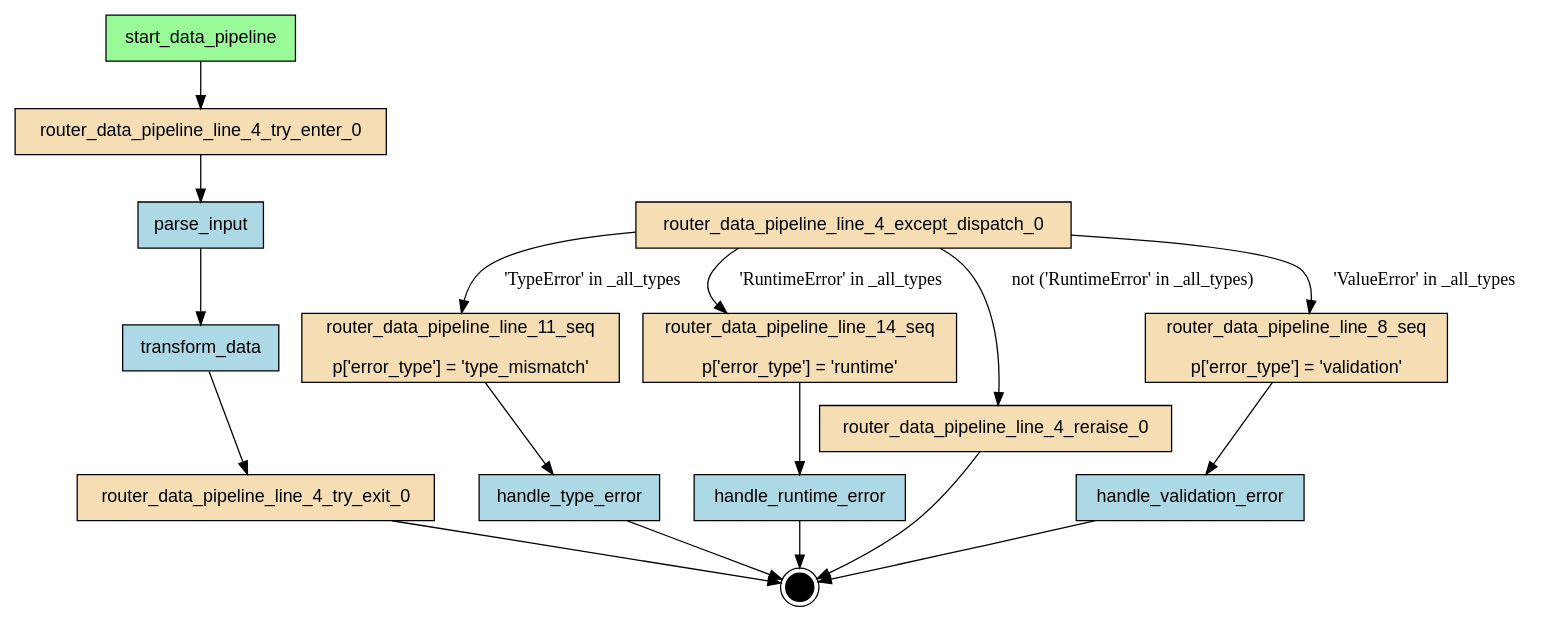
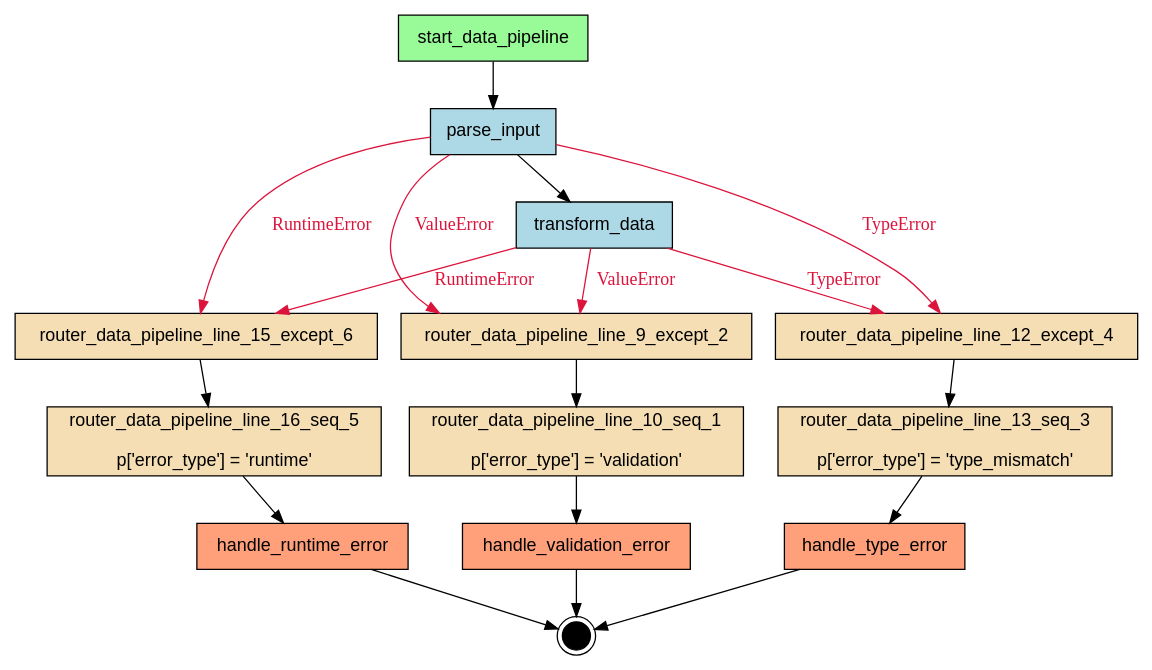
One commit to deliveryhero/asya changed the diagram in examples/flows/compiled/try_except_multiple_handlers/flow.dot. Above: the diagram before and after it, drawn with Graphviz. The commit also changed 1302 other files, not shown here.

First line of the commit message:
feat(compiler): try/except support via sidecar retryRules [3dp2] (#346)

```diff
--- a/examples/flows/compiled/try_except_multiple_handlers/flow.dot
+++ b/examples/flows/compiled/try_except_multiple_handlers/flow.dot
@@ -1,39 +1,39 @@
-digraph "try_except_multiple_handlers" {
+digraph "data_pipeline" {
     rankdir=TB;
     node [shape=box, style=filled, fontname="Helvetica"];
 
     { rank=source; start_data_pipeline; }
 
-    handle_runtime_error [label="handle_runtime_error", fillcolor=lightblue];
-    handle_type_error [label="handle_type_error", fillcolor=lightblue];
-    handle_validation_error [label="handle_validation_error", fillcolor=lightblue];
+    handle_runtime_error [label="handle_runtime_error", fillcolor=lightsalmon];
+    handle_type_error [label="handle_type_error", fillcolor=lightsalmon];
+    handle_validation_error [label="handle_validation_error", fillcolor=lightsalmon];
     parse_input [label="parse_input", fillcolor=lightblue];
-    router_data_pipeline_line_11_seq [label="router_data_pipeline_line_11_seq\n\np['error_type'] = 'type_mismatch'", fillcolor=wheat];
-    router_data_pipeline_line_14_seq [label="router_data_pipeline_line_14_seq\n\np['error_type'] = 'runtime'", fillcolor=wheat];
-    router_data_pipeline_line_4_except_dispatch_0 [label="router_data_pipeline_line_4_except_dispatch_0", fillcolor=wheat];
-    router_data_pipeline_line_4_reraise_0 [label="router_data_pipeline_line_4_reraise_0", fillcolor=wheat];
-    router_data_pipeline_line_4_try_enter_0 [label="router_data_pipeline_line_4_try_enter_0", fillcolor=wheat];
-    router_data_pipeline_line_4_try_exit_0 [label="router_data_pipeline_line_4_try_exit_0", fillcolor=wheat];
-    router_data_pipeline_line_8_seq [label="router_data_pipeline_line_8_seq\n\np['error_type'] = 'validation'", fillcolor=wheat];
+    router_data_pipeline_line_10_seq_1 [label="router_data_pipeline_line_10_seq_1\n\np['error_type'] = 'validation'", fillcolor=wheat];
+    router_data_pipeline_line_12_except_4 [label="router_data_pipeline_line_12_except_4", fillcolor=wheat];
+    router_data_pipeline_line_13_seq_3 [label="router_data_pipeline_line_13_seq_3\n\np['error_type'] = 'type_mismatch'", fillcolor=wheat];
+    router_data_pipeline_line_15_except_6 [label="router_data_pipeline_line_15_except_6", fillcolor=wheat];
+    router_data_pipeline_line_16_seq_5 [label="router_data_pipeline_line_16_seq_5\n\np['error_type'] = 'runtime'", fillcolor=wheat];
+    router_data_pipeline_line_9_except_2 [label="router_data_pipeline_line_9_except_2", fillcolor=wheat];
     start_data_pipeline [label="start_data_pipeline", fillcolor=palegreen];
     transform_data [label="transform_data", fillcolor=lightblue];
 
     __end__ [label="", shape=doublecircle, fillcolor=black, width=0.3, fixedsize=true];
 
-    start_data_pipeline -> router_data_pipeline_line_4_try_enter_0;
-    router_data_pipeline_line_8_seq -> handle_validation_error;
-    router_data_pipeline_line_11_seq -> handle_type_error;
-    router_data_pipeline_line_14_seq -> handle_runtime_error;
-    router_data_pipeline_line_4_try_enter_0 -> parse_input;
+    start_data_pipeline -> parse_input;
     parse_input -> transform_data;
-    transform_data -> router_data_pipeline_line_4_try_exit_0;
-    router_data_pipeline_line_4_except_dispatch_0 -> router_data_pipeline_line_8_seq [label="'ValueError' in _all_types"];
-    router_data_pipeline_line_4_except_dispatch_0 -> router_data_pipeline_line_11_seq [label="'TypeError' in _all_types"];
-    router_data_pipeline_line_4_except_dispatch_0 -> router_data_pipeline_line_14_seq [label="'RuntimeError' in _all_types"];
-    router_data_pipeline_line_4_except_dispatch_0 -> router_data_pipeline_line_4_reraise_0 [label="not ('RuntimeError' in _all_types)"];
+    router_data_pipeline_line_10_seq_1 -> handle_validation_error;
+    router_data_pipeline_line_9_except_2 -> router_data_pipeline_line_10_seq_1;
+    router_data_pipeline_line_13_seq_3 -> handle_type_error;
+    router_data_pipeline_line_12_except_4 -> router_data_pipeline_line_13_seq_3;
+    router_data_pipeline_line_16_seq_5 -> handle_runtime_error;
+    router_data_pipeline_line_15_except_6 -> router_data_pipeline_line_16_seq_5;
+    parse_input -> router_data_pipeline_line_9_except_2 [label="ValueError", color="#DC143C", fontcolor="#DC143C"];
+    parse_input -> router_data_pipeline_line_12_except_4 [label="TypeError", color="#DC143C", fontcolor="#DC143C"];
+    parse_input -> router_data_pipeline_line_15_except_6 [label="RuntimeError", color="#DC143C", fontcolor="#DC143C"];
+    transform_data -> router_data_pipeline_line_9_except_2 [label="ValueError", color="#DC143C", fontcolor="#DC143C"];
+    transform_data -> router_data_pipeline_line_12_except_4 [label="TypeError", color="#DC143C", fontcolor="#DC143C"];
+    transform_data -> router_data_pipeline_line_15_except_6 [label="RuntimeError", color="#DC143C", fontcolor="#DC143C"];
     handle_runtime_error -> __end__;
     handle_type_error -> __end__;
     handle_validation_error -> __end__;
-    router_data_pipeline_line_4_reraise_0 -> __end__;
-    router_data_pipeline_line_4_try_exit_0 -> __end__;
 }
```
